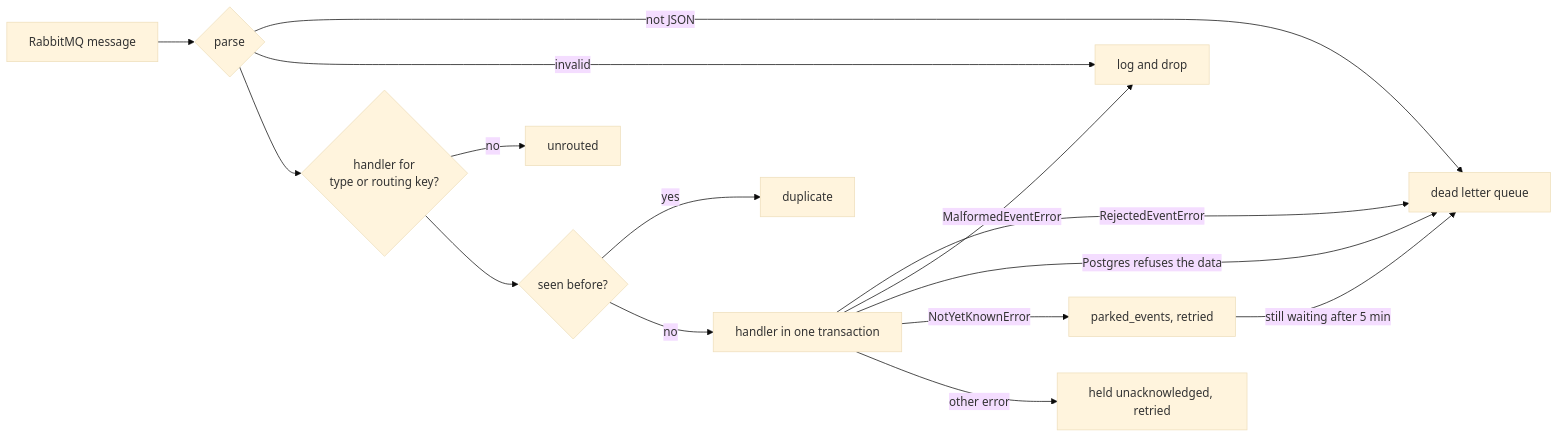
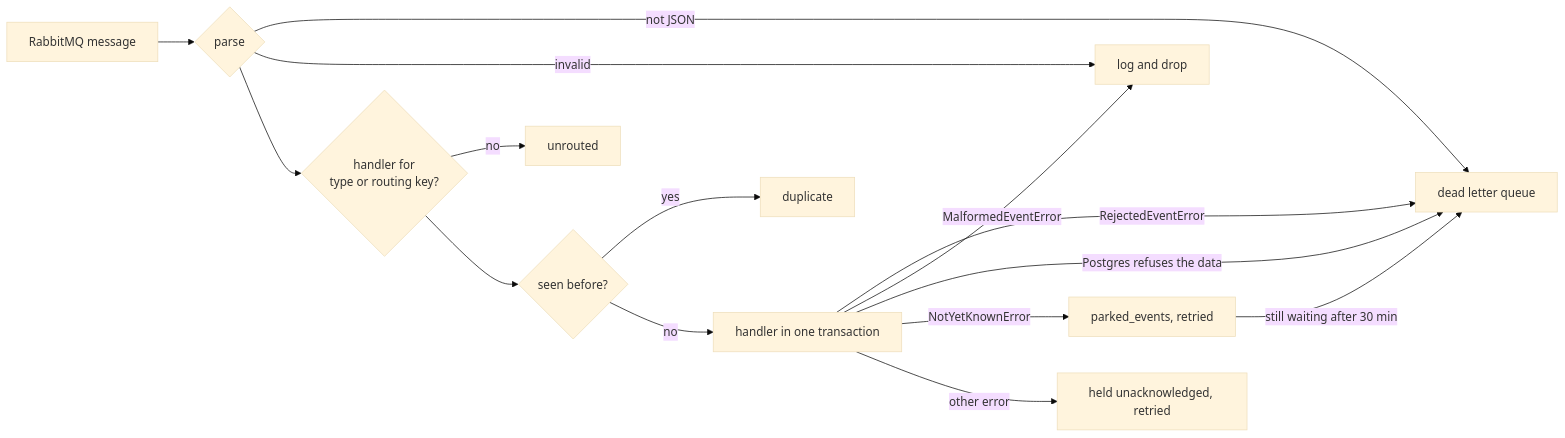
One commit to linagora/twake-space changed the second of 2 diagrams in docs/backend-dev.md. Above: the diagram before and after it, drawn with Mermaid (base theme). The commit also changed other lines of this file and 10 other files, not shown here.

````diff
--- a/docs/backend-dev.md
+++ b/docs/backend-dev.md
@@ -65,16 +65,16 @@
 ```mermaid
 flowchart LR
   msg[RabbitMQ message] --> parse{parse}
   parse -- not JSON --> dlq
   parse -- invalid --> drop[log and drop]
   parse --> route{handler for<br>type or routing key?}
   route -- no --> skip[unrouted]
   route --> dedupe{seen before?}
   dedupe -- yes --> dup[duplicate]
   dedupe -- no --> handler[handler in one transaction]
   handler -- RejectedEventError --> dlq["dead letter queue"]
   handler -- MalformedEventError --> drop
   handler -- Postgres refuses the data --> dlq
-  handler -- NotYetKnownError --> park[parked_events, retried] -- still waiting after 5 min --> dlq
+  handler -- NotYetKnownError --> park[parked_events, retried] -- still waiting after 30 min --> dlq
   handler -- other error --> retry[held unacknowledged, retried]
 ```
````
